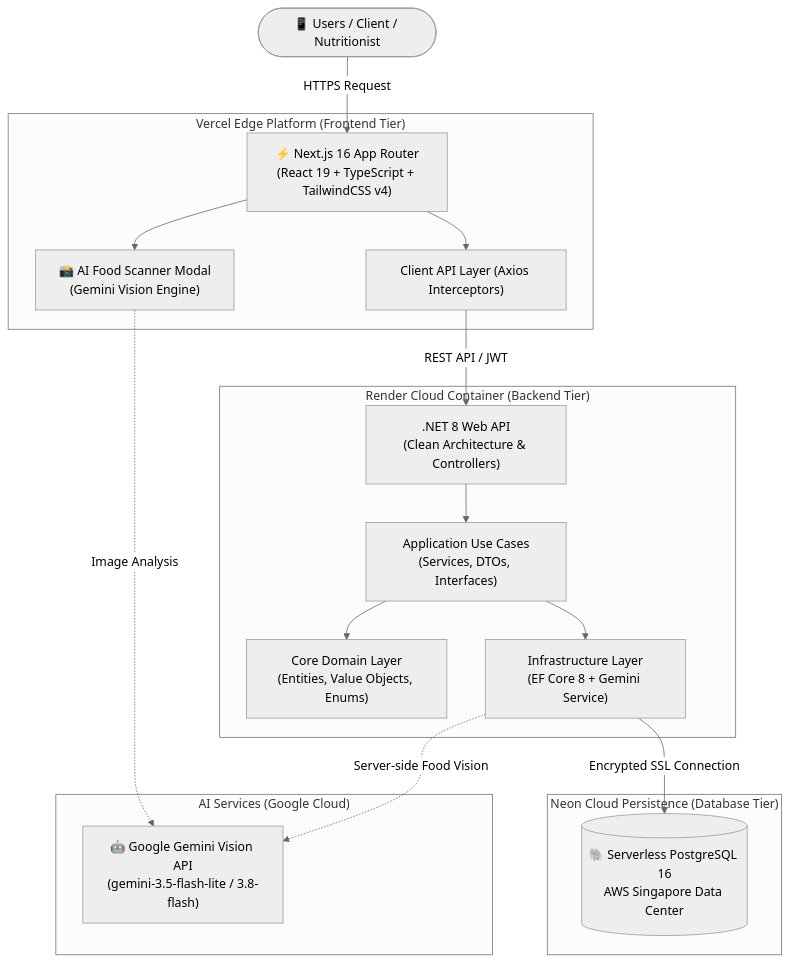
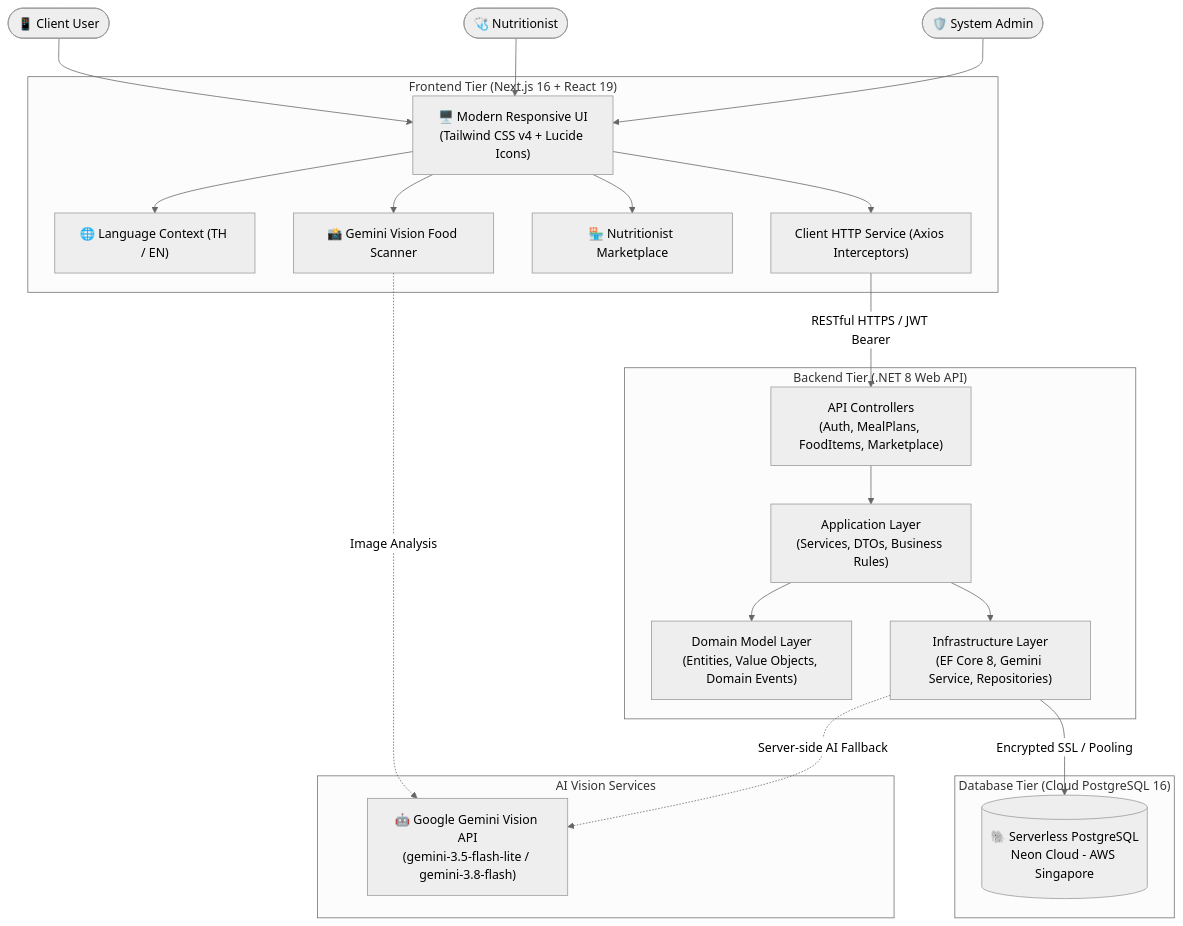
One commit to 6731470008-web/NutriPlan changed the second of 2 diagrams in README.md. Above: the diagram before and after it, drawn with Mermaid (neutral theme). The commit also changed other lines of this file, not shown here.

Commit message:
docs: update README with current professional architecture, marketplace features, clean dataset state, and full bilingual documentation

````diff
--- a/README.md
+++ b/README.md
@@ -279,36 +283,44 @@
 ```mermaid
 graph TD
-    User([📱 Users / Client / Nutritionist])
+    ClientUser([📱 Client User])
+    NutriUser([🩺 Nutritionist])
+    AdminUser([🛡️ System Admin])
     
-    subgraph "Vercel Edge Platform (Frontend Tier)"
-        NextJS["⚡ Next.js 16 App Router<br/>(React 19 + TypeScript + TailwindCSS v4)"]
-        ScannerModal["📸 AI Food Scanner Modal<br/>(Gemini Vision Engine)"]
-        Axios["Client API Layer (Axios Interceptors)"]
+    subgraph "Frontend Tier (Next.js 16 + React 19)"
+        UI["🖥️ Modern Responsive UI<br/>(Tailwind CSS v4 + Lucide Icons)"]
+        Lang["🌐 Language Context (TH / EN)"]
+        Scanner["📸 Gemini Vision Food Scanner"]
+        Market["🏪 Nutritionist Marketplace"]
+        AxiosClient["Client HTTP Service (Axios Interceptors)"]
     end
 
-    subgraph "AI Services (Google Cloud)"
-        Gemini["🤖 Google Gemini Vision API<br/>(gemini-3.5-flash-lite / 3.8-flash)"]
+    subgraph "AI Vision Services"
+        GeminiAPI["🤖 Google Gemini Vision API<br/>(gemini-3.5-flash-lite / gemini-3.8-flash)"]
     end
     
-    subgraph "Render Cloud Container (Backend Tier)"
-        NETCore[".NET 8 Web API<br/>(Clean Architecture & Controllers)"]
-        Domain["Core Domain Layer<br/>(Entities, Value Objects, Enums)"]
-        AppLayer["Application Use Cases<br/>(Services, DTOs, Interfaces)"]
-        Infra["Infrastructure Layer<br/>(EF Core 8 + Gemini Service)"]
+    subgraph "Backend Tier (.NET 8 Web API)"
+        Controllers["API Controllers<br/>(Auth, MealPlans, FoodItems, Marketplace)"]
+        AppUseCases["Application Layer<br/>(Services, DTOs, Business Rules)"]
+        DomainCore["Domain Model Layer<br/>(Entities, Value Objects, Domain Events)"]
+        InfraEF["Infrastructure Layer<br/>(EF Core 8, Gemini Service, Repositories)"]
     end
     
-    subgraph "Neon Cloud Persistence (Database Tier)"
-        Postgres[(🐘 Serverless PostgreSQL 16<br/>AWS Singapore Data Center)]
+    subgraph "Database Tier (Cloud PostgreSQL 16)"
+        PostgresDB[(🐘 Serverless PostgreSQL<br/>Neon Cloud - AWS Singapore)]
     end
 
-    User -->|HTTPS Request| NextJS
-    NextJS --> ScannerModal
-    ScannerModal -.->|Image Analysis| Gemini
-    NextJS --> Axios
-    Axios -->|REST API / JWT| NETCore
-    NETCore --> AppLayer
-    AppLayer --> Domain
-    AppLayer --> Infra
-    Infra -.->|Server-side Food Vision| Gemini
-    Infra -->|Encrypted SSL Connection| Postgres
+    ClientUser --> UI
+    NutriUser --> UI
+    AdminUser --> UI
+    UI --> Lang
+    UI --> Scanner
+    UI --> Market
+    Scanner -.->|Image Analysis| GeminiAPI
+    UI --> AxiosClient
+    AxiosClient -->|RESTful HTTPS / JWT Bearer| Controllers
+    Controllers --> AppUseCases
+    AppUseCases --> DomainCore
+    AppUseCases --> InfraEF
+    InfraEF -.->|Server-side AI Fallback| GeminiAPI
+    InfraEF -->|Encrypted SSL / Pooling| PostgresDB
 ```
````
